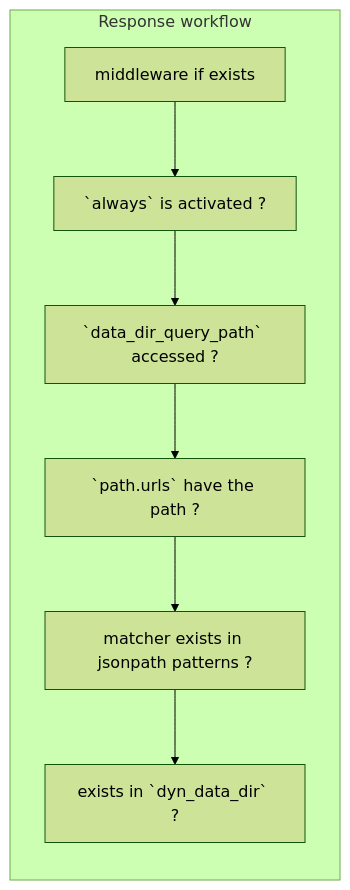
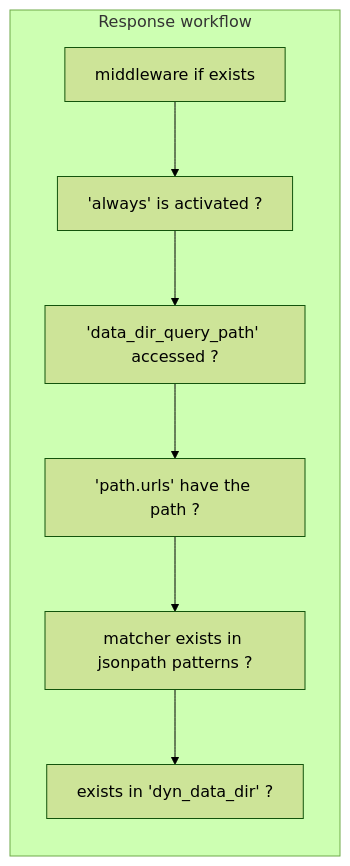
Before and after one commit to nabbisen/apimock-rs: the second of 2 diagrams in docs/SPECS.md, drawn with Mermaid (forest theme). The commit also changed other lines of this file, not shown here.

Commit message:
fix mermaid parser failed w/ backquote

````diff
--- a/docs/SPECS.md
+++ b/docs/SPECS.md
@@ -25,11 +25,11 @@
 ```mermaid
 graph
     subgraph Response workflow
         direction TB
-        A[middleware if exists] --> B[`always` is activated ?]
-        B --> C[`data_dir_query_path` accessed ?]
-        C --> D[`path.urls` have the path ?]
+        A[middleware if exists] --> B['always' is activated ?]
+        B --> C['data_dir_query_path' accessed ?]
+        C --> D['path.urls' have the path ?]
         D --> E[matcher exists in jsonpath patterns ?]
-        E --> F[exists in `dyn_data_dir` ?]
+        E --> F[exists in 'dyn_data_dir' ?]
     end
 ```
````
